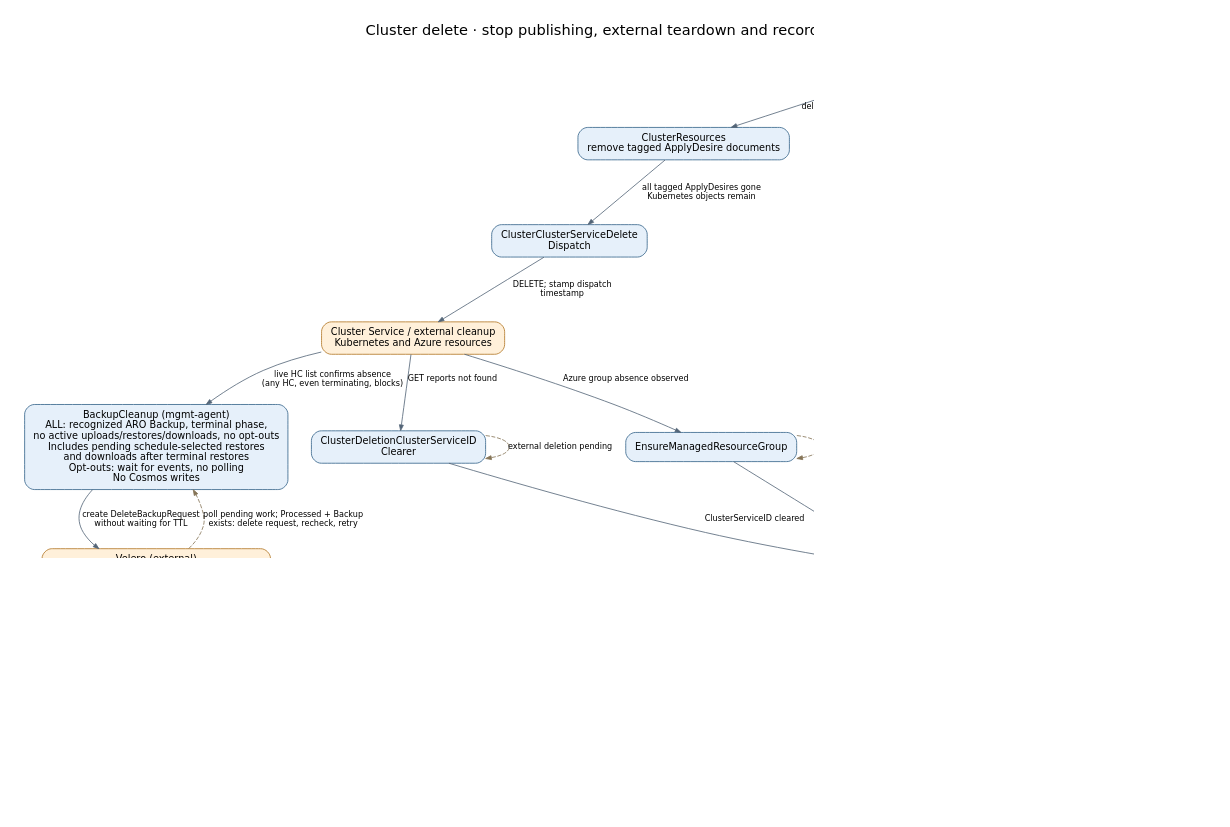
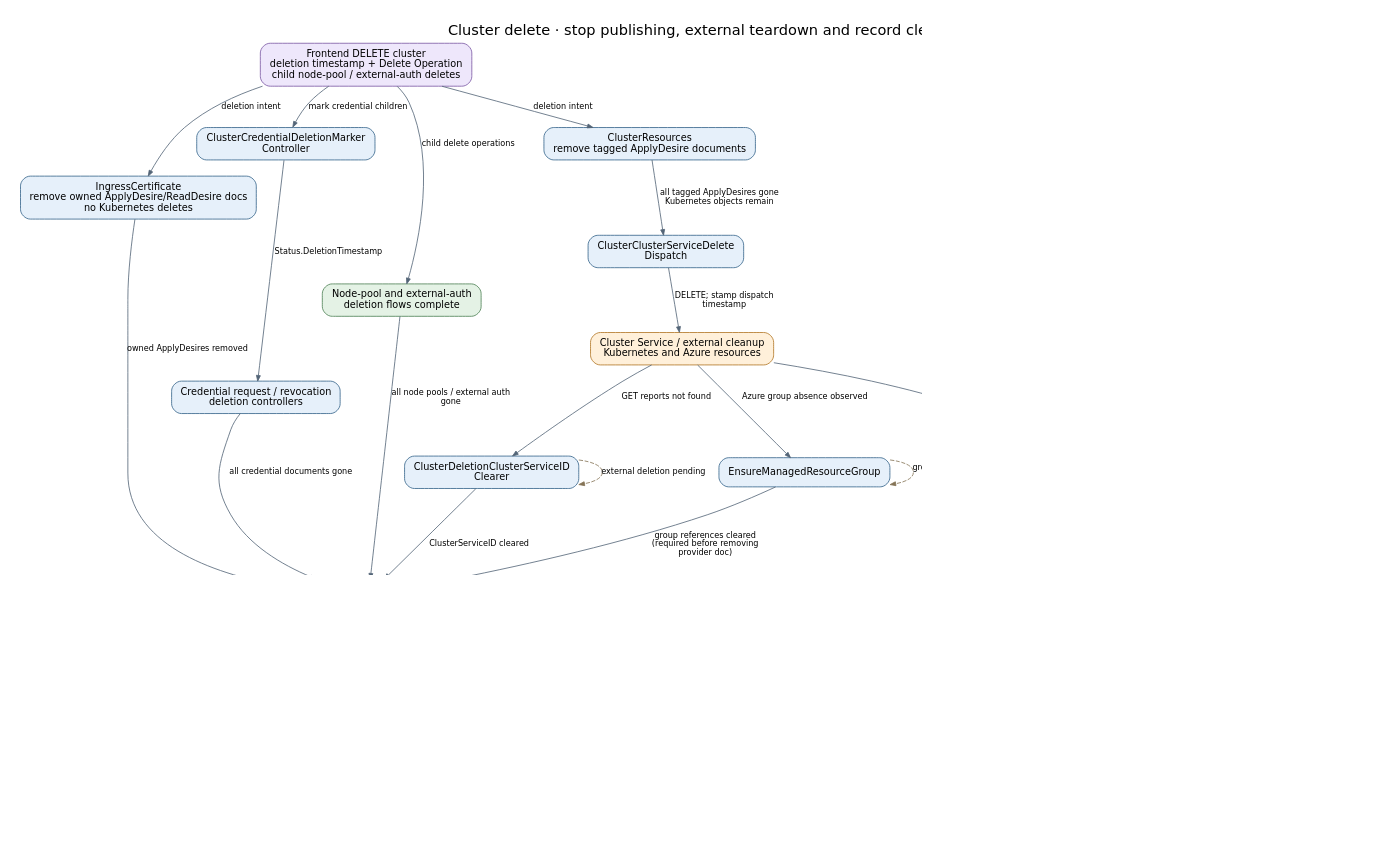
One commit to Azure/ARO-HCP changed the diagram in docs/diagrams/controller-flows/cluster-delete.dot. Above: the diagram before and after it, drawn with Graphviz. The commit also changed 12 other files, not shown here.

Commit message:
feat(backend): deliver ingress default certificate via kube-applier desire

```diff
--- a/docs/diagrams/controller-flows/cluster-delete.dot
+++ b/docs/diagrams/controller-flows/cluster-delete.dot
@@ -1,42 +1,45 @@
 digraph cluster_delete {
   graph [rankdir=TB, bgcolor="white", pad="0.3", nodesep="0.4", ranksep="0.55", fontname="DejaVu Sans", fontsize=18, labelloc=t, label="Cluster delete · stop publishing, external teardown and record cleanup", dpi=110];
   node [shape=box, style="rounded,filled", fillcolor="#e6f0fa", color="#35648a", fontname="DejaVu Sans", fontsize=12, margin="0.16,0.10"];
   edge [color="#536577", fontname="DejaVu Sans", fontsize=10, arrowsize=0.7];
   delete [label="Frontend DELETE cluster\ndeletion timestamp + Delete Operation\nchild node-pool / external-auth deletes", fillcolor="#eee7fb", color="#7b59a4"];
   resources [label="ClusterResources\nremove tagged ApplyDesire documents", fillcolor="#e6f0fa", color="#35648a"];
+  ingress [label="IngressCertificate\nremove owned ApplyDesire/ReadDesire docs\nno Kubernetes deletes", fillcolor="#e6f0fa", color="#35648a"];
   dispatch [label="ClusterClusterServiceDelete\nDispatch", fillcolor="#e6f0fa", color="#35648a"];
   cs [label="Cluster Service / external cleanup\nKubernetes and Azure resources", fillcolor="#fff0da", color="#b27624"];
   clear [label="ClusterDeletionClusterServiceID\nClearer", fillcolor="#e6f0fa", color="#35648a"];
   marker [label="ClusterCredentialDeletionMarker\nController", fillcolor="#e6f0fa", color="#35648a"];
   credentials [label="Credential request / revocation\ndeletion controllers", fillcolor="#e6f0fa", color="#35648a"];
   children [label="Node-pool and external-auth\ndeletion flows complete", fillcolor="#e4f2e5", color="#4c8053"];
   group [label="EnsureManagedResourceGroup", fillcolor="#e6f0fa", color="#35648a"];
   cleanup [label="ClusterChildResourcesCleanup\nController", fillcolor="#e6f0fa", color="#35648a"];
   final [label="ClusterDeletionController", fillcolor="#e6f0fa", color="#35648a"];
   op [label="OperationClusterDelete", fillcolor="#e6f0fa", color="#35648a"];
   done [label="ARM Delete Operation Succeeded", fillcolor="#e4f2e5", color="#4c8053"];
   backups [label="BackupCleanup (mgmt-agent)\nALL: recognized ARO Backup, terminal phase,\nno active uploads/restores/downloads, no opt-outs\nIncludes pending schedule-selected restores\nand downloads after terminal restores\nOpt-outs: wait for events, no polling\nNo Cosmos writes", fillcolor="#e6f0fa", color="#35648a"];
   velero [label="Velero (external)\nprocess DeleteBackupRequest\ndelete Backup and associated backup data", fillcolor="#fff0da", color="#b27624"];
   retained [label="Backup absent: stop reconciling\nBackupRepositories retained for Kopia maintenance\nNot proof of repository GC; not an ARM gate", fillcolor="#e4f2e5", color="#4c8053"];
   delete -> resources [label="deletion intent"];
+  delete -> ingress [label="deletion intent"];
+  ingress -> cleanup [label="owned ApplyDesires removed"];
   resources -> dispatch [label="all tagged ApplyDesires gone\nKubernetes objects remain"];
   dispatch -> cs [label="DELETE; stamp dispatch\ntimestamp"];
   cs -> clear [label="GET reports not found"];
   cs -> backups [label="live HC list confirms absence\n(any HC, even terminating, blocks)"];
   backups -> velero [label="create DeleteBackupRequest\nwithout waiting for TTL"];
   velero -> backups [label="poll pending work; Processed + Backup\nexists: delete request, recheck, retry", style=dashed, color="#857456"];
   velero -> retained [label="live Backup GET: NotFound"];
   delete -> marker [label="mark credential children"];
   marker -> credentials [label="Status.DeletionTimestamp"];
   delete -> children [label="child delete operations"];
   cs -> group [label="Azure group absence observed"];
   clear -> cleanup [label="ClusterServiceID cleared"];
   credentials -> cleanup [label="all credential documents gone"];
   children -> cleanup [label="all node pools / external auth\ngone"];
   group -> cleanup [label="group references cleared\n(required before removing\nprovider doc)"];
   cleanup -> final [label="nested resources and intents\ngone"];
   final -> op [label="billing DeletionTime; cluster\ndoc deleted"];
   op -> done [label="document absence observed"];
   clear -> clear [label="external deletion pending", style=dashed, color="#857456", constraint=false];
   group -> group [label="group still exists: observe again\n(or delete if orphaned)", style=dashed, color="#857456", constraint=false];
 }
```
